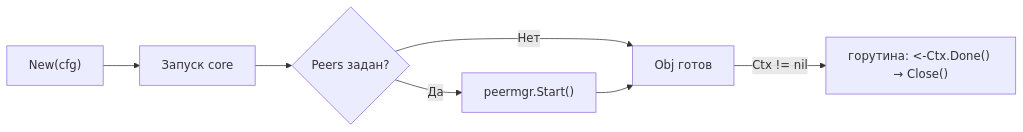
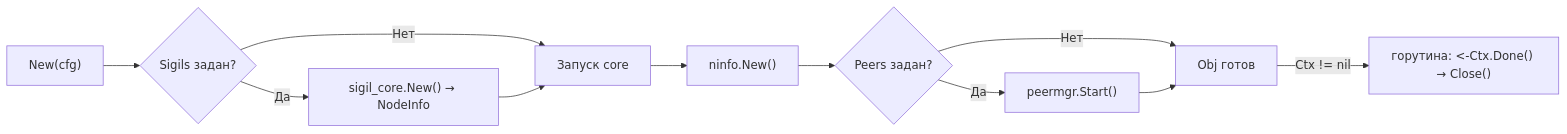
One commit to voluminor/ratatoskr changed the second of 6 diagrams in README.RU.md. Above: the diagram before and after it, drawn with Mermaid. The commit also changed other lines of this file and 1 other file, not shown here.

````diff
--- a/README.RU.md
+++ b/README.RU.md
@@ -171,9 +182,13 @@
 ```mermaid
 flowchart LR
-  New["New(cfg)"] --> Core["Запуск core"]
-  Core --> PM{Peers задан?}
+  New["New(cfg)"] --> SG{Sigils задан?}
+  SG -->|Да| SC["sigil_core.New() → NodeInfo"]
+  SG -->|Нет| Core
+  SC --> Core["Запуск core"]
+  Core --> NI["ninfo.New()"]
+  NI --> PM{Peers задан?}
   PM -->|Да| Start["peermgr.Start()"]
   PM -->|Нет| Ready["Obj готов"]
   Start --> Ready
   Ready -->|" Ctx != nil "| Watch["горутина: <-Ctx.Done() → Close()"]
 ```
````
